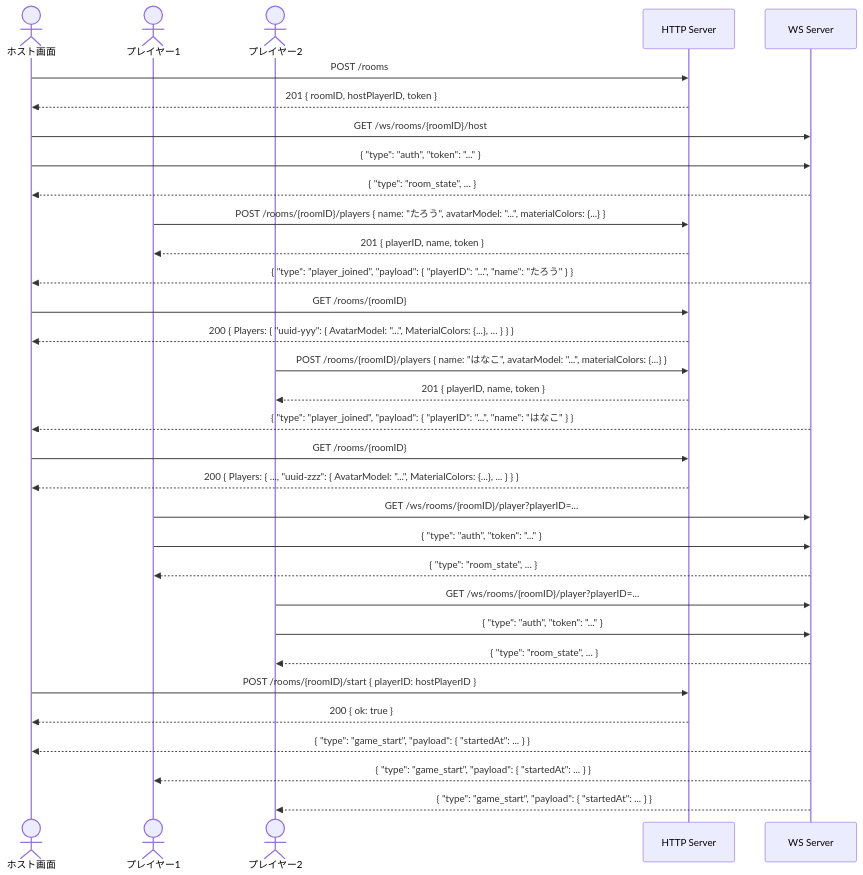
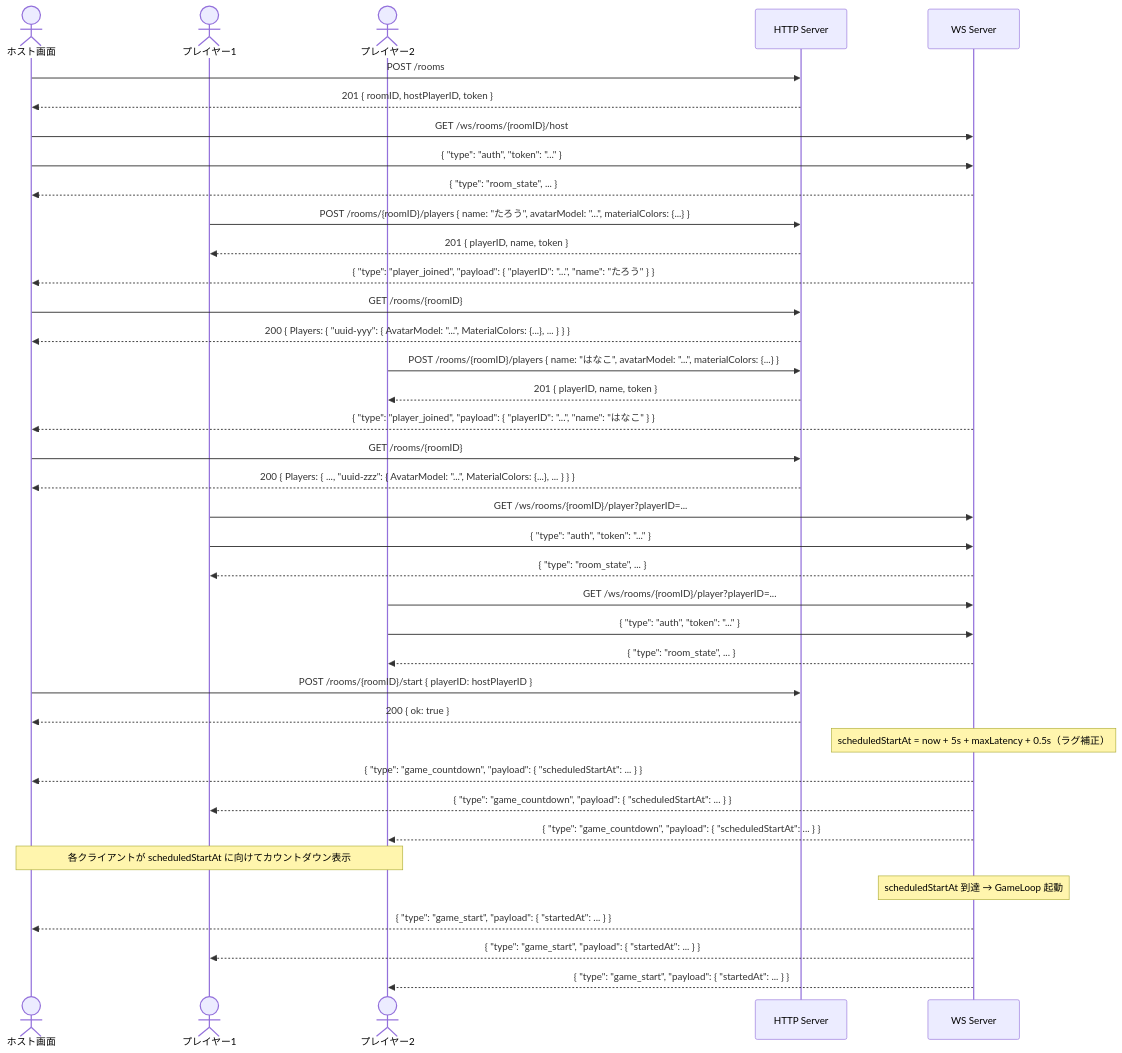
Before and after one commit to allocup-2026-tabaru/untokosyo-be: the first of 2 diagrams in docs/api.md, drawn with Mermaid. The commit also changed other lines of this file and 5 other files, not shown here.

````diff
--- a/docs/api.md
+++ b/docs/api.md
@@ -520,41 +561,47 @@
 ```mermaid
 sequenceDiagram
     actor Host as ホスト画面
     actor P1 as プレイヤー1
     actor P2 as プレイヤー2
     participant HTTP as HTTP Server
     participant WS as WS Server
 
     Host->>HTTP: POST /rooms
     HTTP-->>Host: 201 { roomID, hostPlayerID, token }
 
     Host->>WS: GET /ws/rooms/{roomID}/host
     Host->>WS: { "type": "auth", "token": "..." }
     WS-->>Host: { "type": "room_state", ... }
 
     P1->>HTTP: POST /rooms/{roomID}/players { name: "たろう", avatarModel: "...", materialColors: {...} }
     HTTP-->>P1: 201 { playerID, name, token }
     WS-->>Host: { "type": "player_joined", "payload": { "playerID": "...", "name": "たろう" } }
     Host->>HTTP: GET /rooms/{roomID}
     HTTP-->>Host: 200 { Players: { "uuid-yyy": { AvatarModel: "...", MaterialColors: {...}, ... } } }
 
     P2->>HTTP: POST /rooms/{roomID}/players { name: "はなこ", avatarModel: "...", materialColors: {...} }
     HTTP-->>P2: 201 { playerID, name, token }
     WS-->>Host: { "type": "player_joined", "payload": { "playerID": "...", "name": "はなこ" } }
     Host->>HTTP: GET /rooms/{roomID}
     HTTP-->>Host: 200 { Players: { ..., "uuid-zzz": { AvatarModel: "...", MaterialColors: {...}, ... } } }
 
     P1->>WS: GET /ws/rooms/{roomID}/player?playerID=...
     P1->>WS: { "type": "auth", "token": "..." }
     WS-->>P1: { "type": "room_state", ... }
 
     P2->>WS: GET /ws/rooms/{roomID}/player?playerID=...
     P2->>WS: { "type": "auth", "token": "..." }
     WS-->>P2: { "type": "room_state", ... }
 
     Host->>HTTP: POST /rooms/{roomID}/start { playerID: hostPlayerID }
     HTTP-->>Host: 200 { ok: true }
+    Note over WS: scheduledStartAt = now + 5s + maxLatency + 0.5s（ラグ補正）
+    WS-->>Host: { "type": "game_countdown", "payload": { "scheduledStartAt": ... } }
+    WS-->>P1: { "type": "game_countdown", "payload": { "scheduledStartAt": ... } }
+    WS-->>P2: { "type": "game_countdown", "payload": { "scheduledStartAt": ... } }
+    Note over Host,P2: 各クライアントが scheduledStartAt に向けてカウントダウン表示
+    Note over WS: scheduledStartAt 到達 → GameLoop 起動
     WS-->>Host: { "type": "game_start", "payload": { "startedAt": ... } }
     WS-->>P1: { "type": "game_start", "payload": { "startedAt": ... } }
     WS-->>P2: { "type": "game_start", "payload": { "startedAt": ... } }
 ```
````
